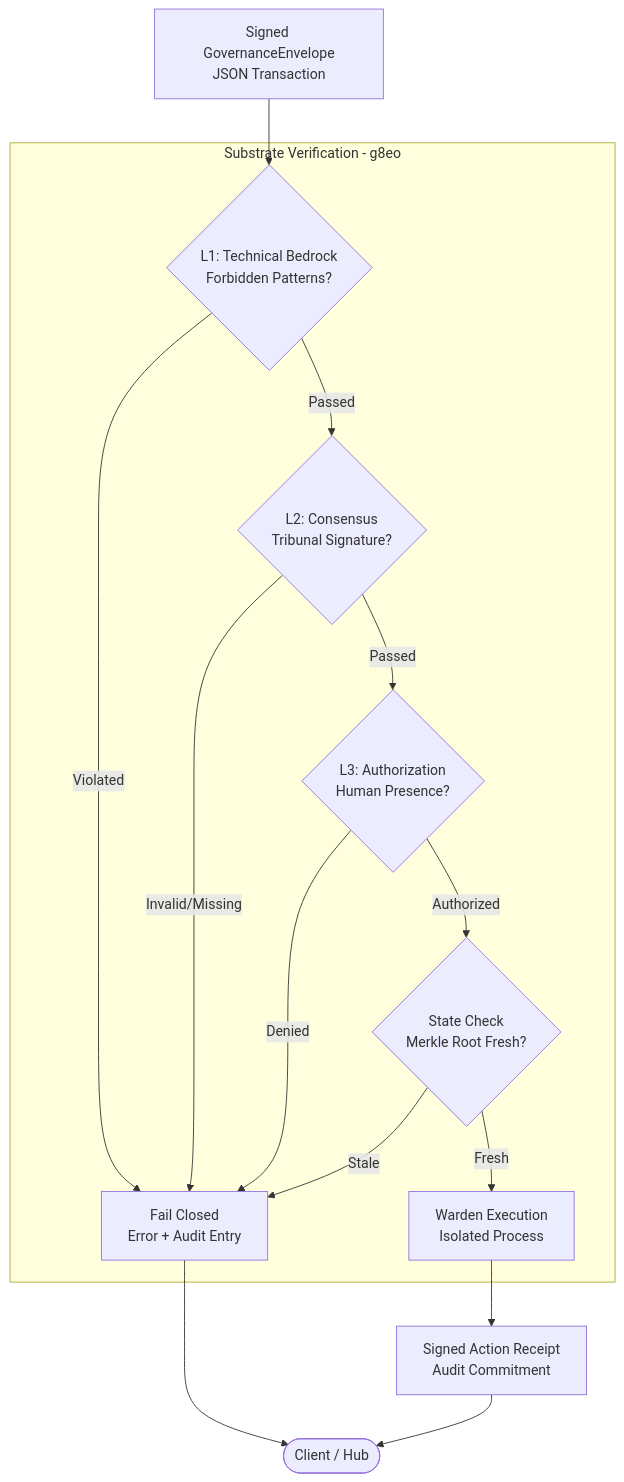
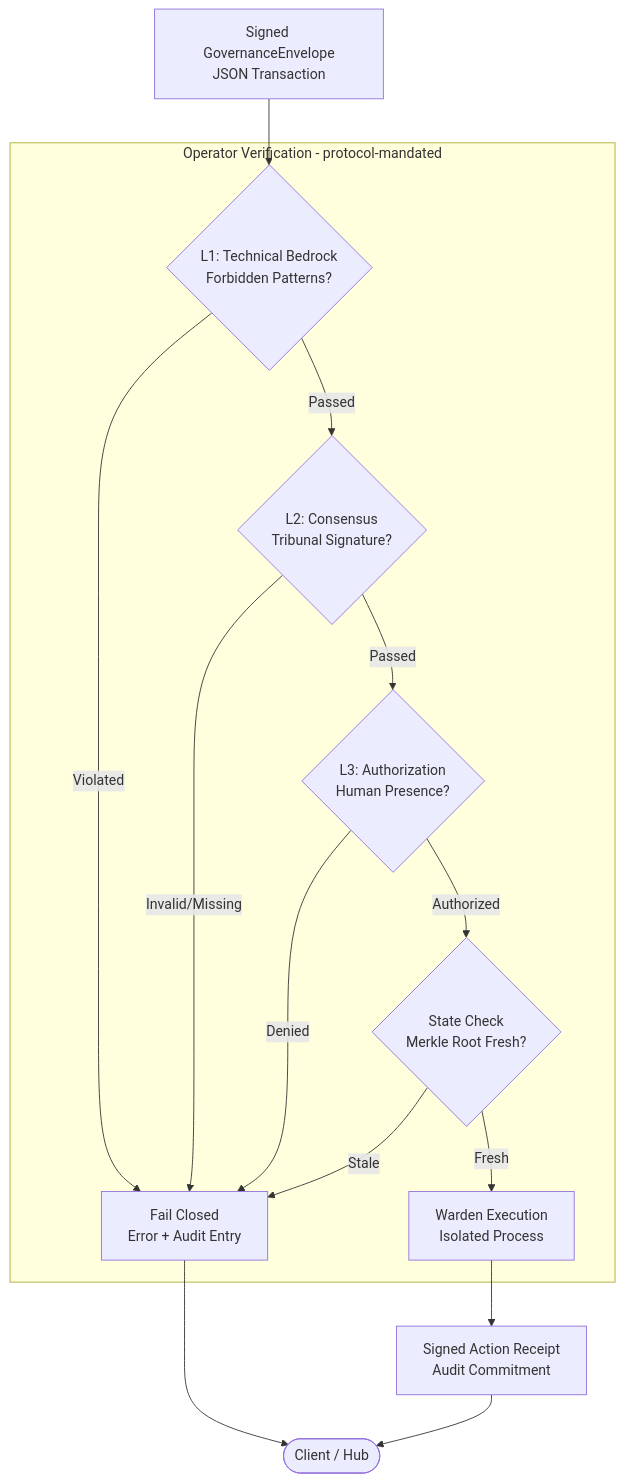
One commit to g8e-ai/g8e changed the first of 2 diagrams in README.md. Above: the diagram before and after it, drawn with Mermaid. The commit also changed other lines of this file and 26 other files, not shown here.

````diff
--- a/README.md
+++ b/README.md
@@ -38,24 +48,24 @@
 ```mermaid
 flowchart TD
     TX[Signed GovernanceEnvelope<br>JSON Transaction] --> L1
     
-    subgraph Substrate [Substrate Verification - g8eo]
+    subgraph Substrate [Operator Verification - protocol-mandated]
         L1{L1: Technical Bedrock<br>Forbidden Patterns?}
         L1 -- "Violated" --> Reject
         
         L1 -- "Passed" --> L2{L2: Consensus<br>Tribunal Signature?}
         L2 -- "Invalid/Missing" --> Reject
         
         L2 -- "Passed" --> L3{L3: Authorization<br>Human Presence?}
         L3 -- "Denied" --> Reject
         
         L3 -- "Authorized" --> State{State Check<br>Merkle Root Fresh?}
         State -- "Stale" --> Reject
         
         State -- "Fresh" --> Exec[Warden Execution<br>Isolated Process]
     end
     
     Exec --> Receipt[Signed Action Receipt<br>Audit Commitment]
     Reject[Fail Closed<br>Error + Audit Entry] --> Client
     Receipt --> Client([Client / Hub])
 ```
````
